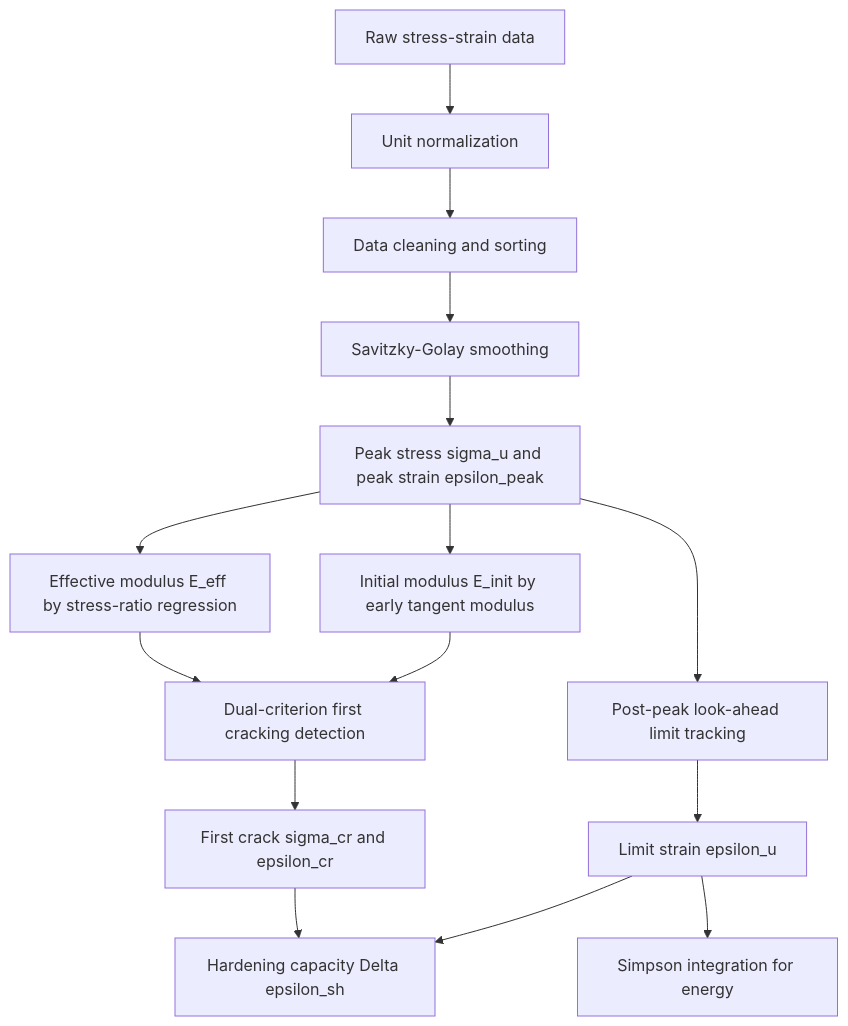
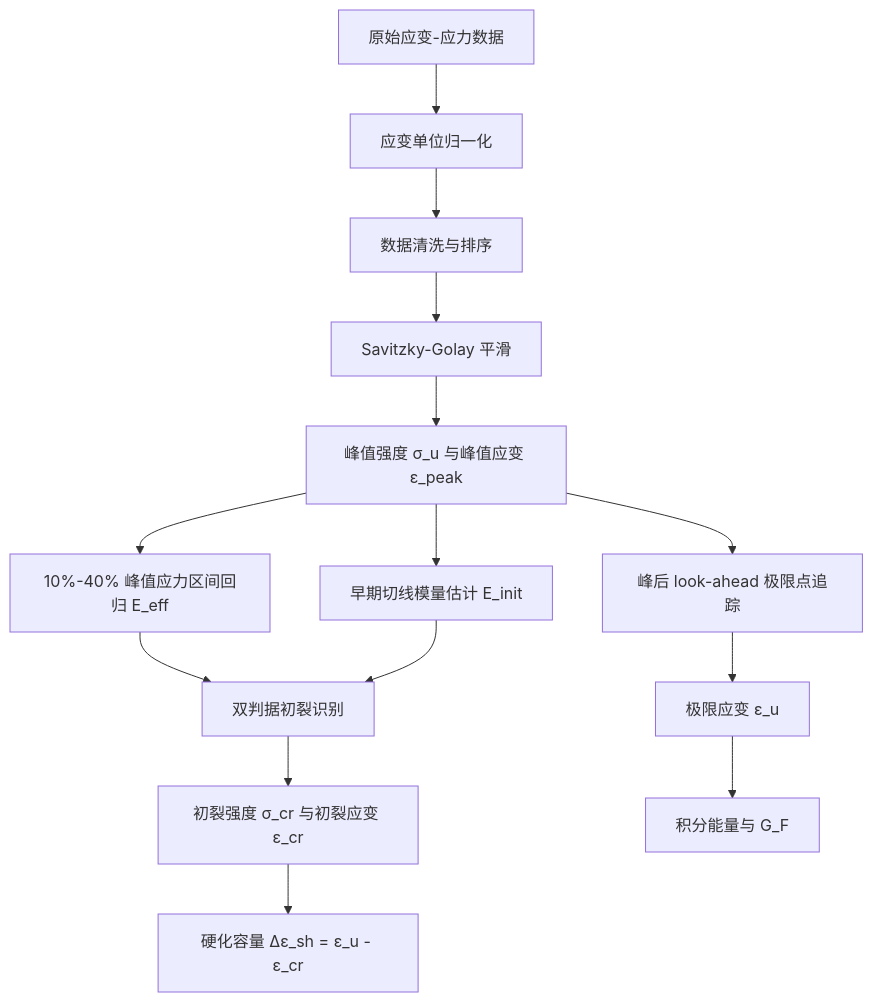
The diagram in README.md (liqinglq666/ECC_Analyzer_Pro), drawn with Mermaid before and after one commit. The commit also changed other lines of this file, not shown here.

````diff
--- a/README.md
+++ b/README.md
@@ -133,17 +147,16 @@
 ```mermaid
 graph TD
-    A[Raw stress-strain data] --> B[Unit normalization]
-    B --> C[Data cleaning and sorting]
-    C --> D[Savitzky-Golay smoothing]
-    D --> E[Peak stress sigma_u and peak strain epsilon_peak]
-    E --> F[Effective modulus E_eff by stress-ratio regression]
-    E --> G[Initial modulus E_init by early tangent modulus]
-    F --> H[Dual-criterion first cracking detection]
+    A[原始应变-应力数据] --> B[应变单位归一化]
+    B --> C[数据清洗与排序]
+    C --> D[Savitzky-Golay 平滑]
+    D --> E[峰值强度 σ_u 与峰值应变 ε_peak]
+    E --> F[10%-40% 峰值应力区间回归 E_eff]
+    E --> G[早期切线模量估计 E_init]
+    F --> H[双判据初裂识别]
     G --> H
-    H --> I[First crack sigma_cr and epsilon_cr]
-    E --> J[Post-peak look-ahead limit tracking]
-    J --> K[Limit strain epsilon_u]
-    I --> L[Hardening capacity Delta epsilon_sh]
-    K --> L
-    K --> M[Simpson integration for energy]
+    H --> I[初裂强度 σ_cr 与初裂应变 ε_cr]
+    E --> J[峰后 look-ahead 极限点追踪]
+    J --> K[极限应变 ε_u]
+    I --> L[硬化容量 Δε_sh = ε_u - ε_cr]
+    K --> M[积分能量与 G_F]
 ```
````
